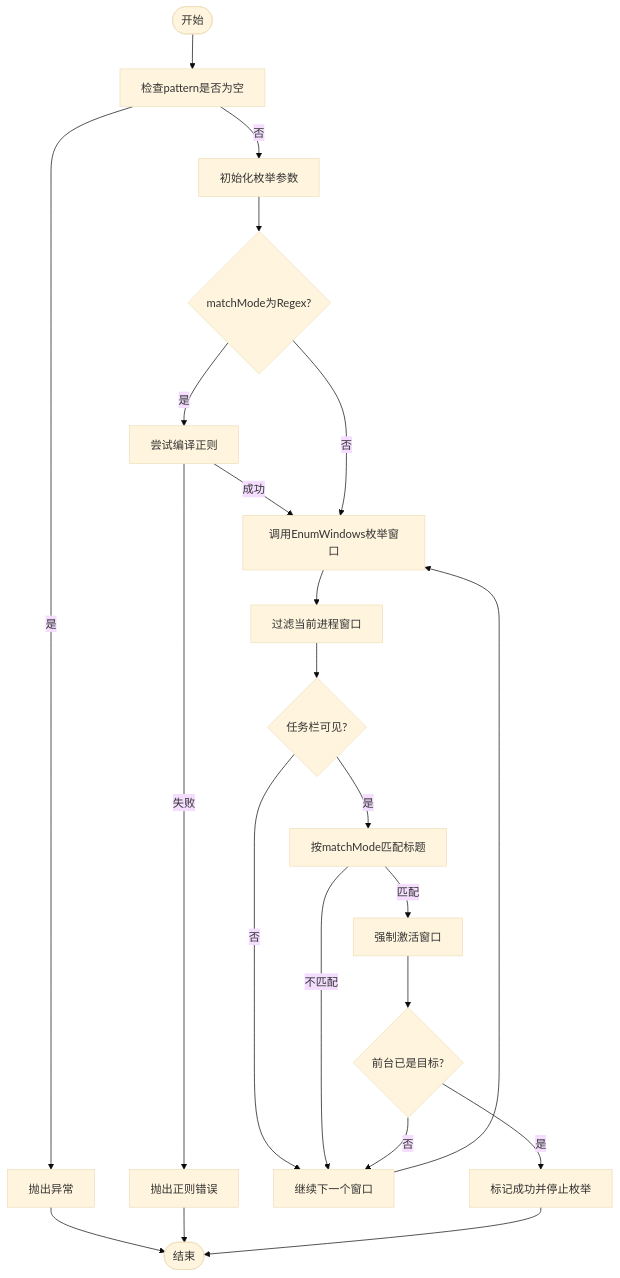
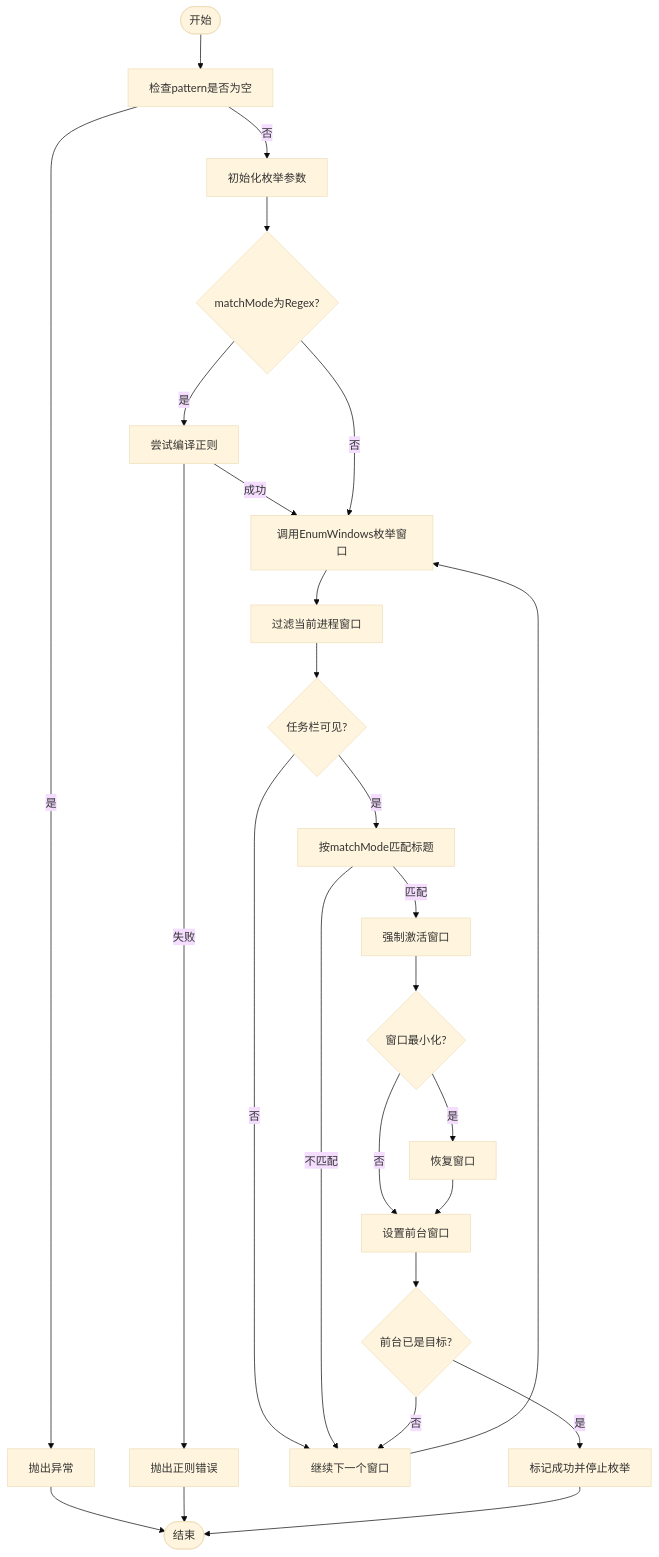
One commit to tea4go/Macro-Deck-Windows-Utils-Plugin changed the fourth of 4 diagrams in .qoder/repowiki/zh/content/开发者指南/工具函数库/窗口激活器.md. Above: the diagram before and after it, drawn with Mermaid (base theme). The commit also changed other lines of this file and 16 other files, not shown here.

````diff
--- a/.qoder/repowiki/zh/content/开发者指南/工具函数库/窗口激活器.md
+++ b/.qoder/repowiki/zh/content/开发者指南/工具函数库/窗口激活器.md
@@ -339,24 +376,28 @@
 ```mermaid
 flowchart TD
 Start(["开始"]) --> CheckEmpty["检查pattern是否为空"]
 CheckEmpty --> |是| ThrowErr["抛出异常"]
 CheckEmpty --> |否| InitParams["初始化枚举参数"]
 InitParams --> CompileRegex{"matchMode为Regex?"}
 CompileRegex --> |是| TryRegex["尝试编译正则"]
 TryRegex --> |失败| ThrowRegexErr["抛出正则错误"]
 TryRegex --> |成功| EnumWindows["调用EnumWindows枚举窗口"]
 CompileRegex --> |否| EnumWindows
 EnumWindows --> FilterPID["过滤当前进程窗口"]
 FilterPID --> TaskbarVisible{"任务栏可见?"}
 TaskbarVisible --> |否| NextWindow["继续下一个窗口"]
 TaskbarVisible --> |是| MatchTitle["按matchMode匹配标题"]
 MatchTitle --> |不匹配| NextWindow
 MatchTitle --> |匹配| ForceActivate["强制激活窗口"]
-ForceActivate --> ForegroundCheck{"前台已是目标?"}
+ForceActivate --> Minimized{"窗口最小化?"}
+Minimized --> |是| Restore["恢复窗口"]
+Minimized --> |否| SetForeground["设置前台窗口"]
+Restore --> SetForeground
+SetForeground --> ForegroundCheck{"前台已是目标?"}
 ForegroundCheck --> |是| Success["标记成功并停止枚举"]
 ForegroundCheck --> |否| NextWindow
 NextWindow --> EnumWindows
 ThrowErr --> End(["结束"])
 ThrowRegexErr --> End
 Success --> End
 ```
````
